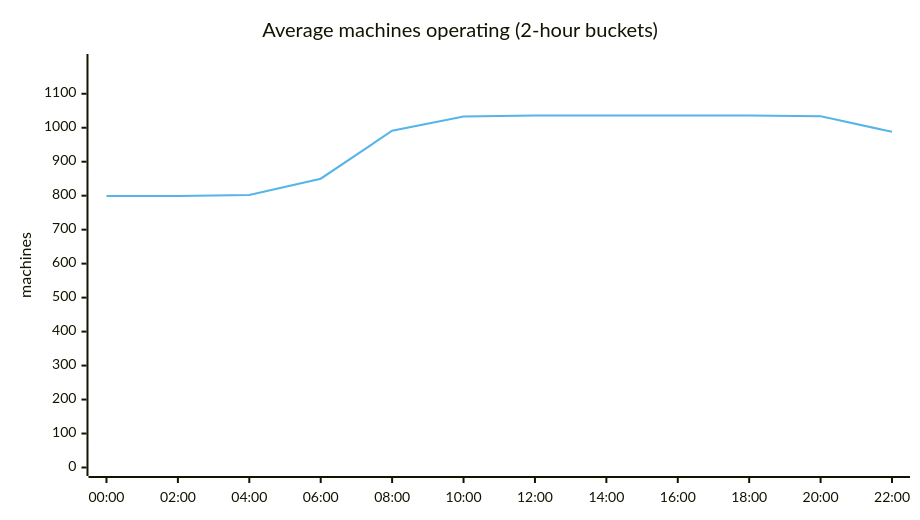
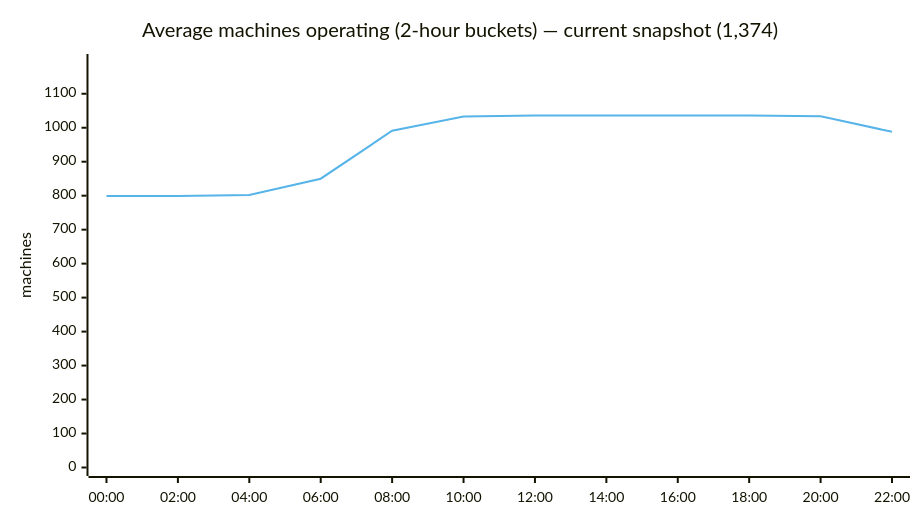
Before and after one commit to cheeaun/returnright-data: the second of 5 diagrams in ANALYSIS.md, drawn with Mermaid. The commit also changed other lines of this file and 1 other file, not shown here.

````diff
--- a/ANALYSIS.md
+++ b/ANALYSIS.md
@@ -60,15 +66,15 @@
 ```mermaid
 ---
 config:
   themeVariables:
     xyChart:
       plotColorPalette: "#56B4E9"
   xyChart:
     width: 900
 ---
 xychart-beta
-    title "Average machines operating (2-hour buckets)"
+    title "Average machines operating (2-hour buckets) — current snapshot (1,374)"
     x-axis ["00:00", "02:00", "04:00", "06:00", "08:00", "10:00", "12:00", "14:00", "16:00", "18:00", "20:00", "22:00"]
     y-axis "machines" 0 --> 1192
     line [799, 799, 802, 850, 991, 1033, 1036, 1036, 1036, 1036, 1034, 988]
 ```
````
